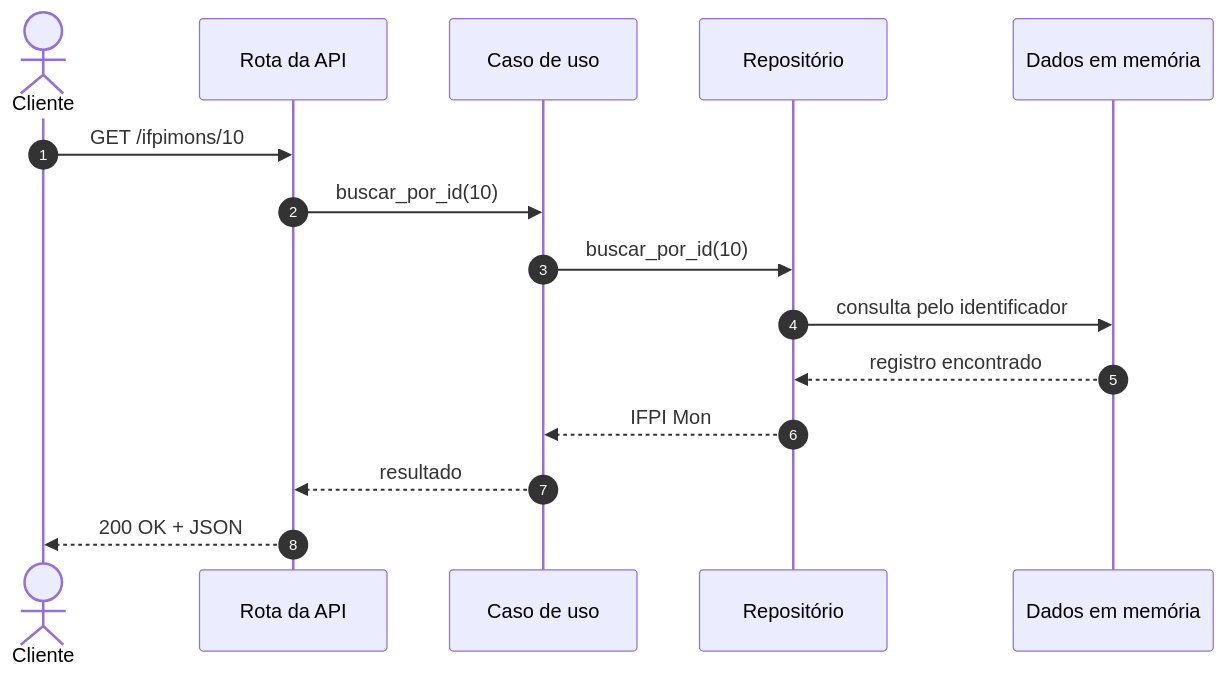
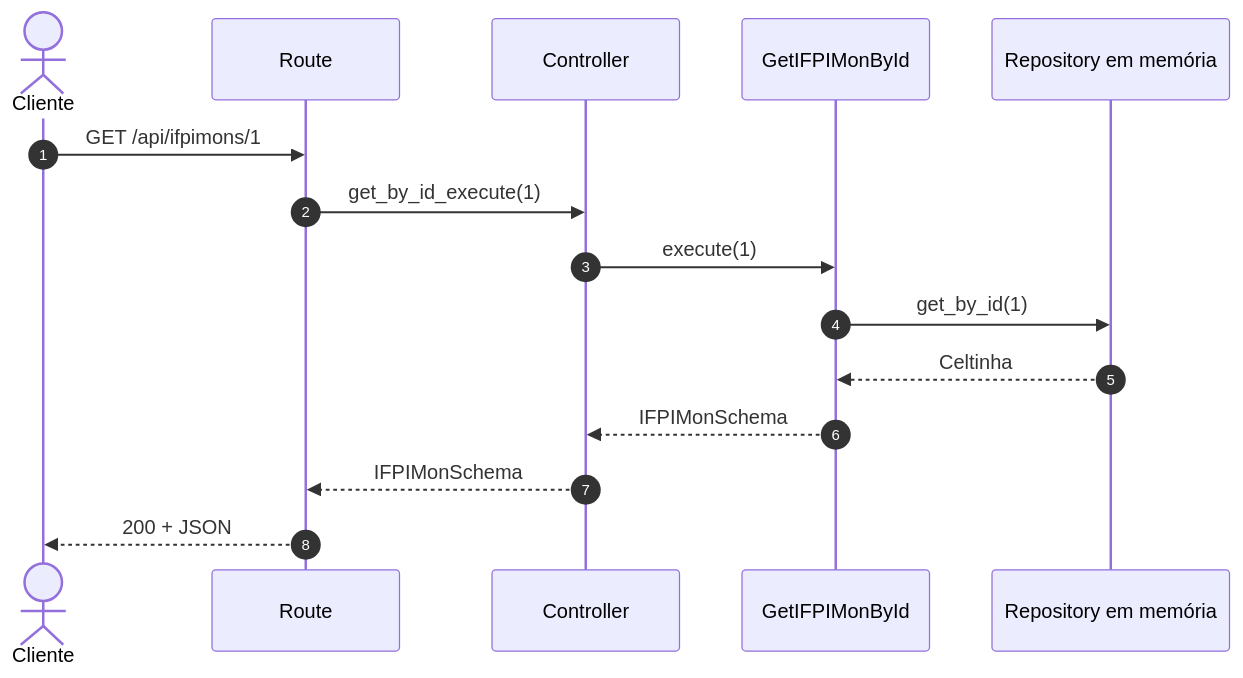
Before and after one commit to MailsonSousa88/ifpiMonAPI: the second of 3 diagrams in docs/api/funcionamento.md, drawn with Mermaid. The commit also changed other lines of this file and 36 other files, not shown here.

Commit message:
fix(api): corrige a versão iniciada pelo chore

````diff
--- a/docs/api/funcionamento.md
+++ b/docs/api/funcionamento.md
@@ -102,18 +139,18 @@
 ```mermaid
 sequenceDiagram
     autonumber
     actor Cliente
-    participant API as Rota da API
-    participant Caso as Caso de uso
-    participant Repo as Repositório
-    participant Memoria as Dados em memória
+    participant R as Route
+    participant C as Controller
+    participant U as GetIFPIMonById
+    participant Repo as Repository em memória
 
-    Cliente->>API: GET /ifpimons/10
-    API->>Caso: buscar_por_id(10)
-    Caso->>Repo: buscar_por_id(10)
-    Repo->>Memoria: consulta pelo identificador
-    Memoria-->>Repo: registro encontrado
-    Repo-->>Caso: IFPI Mon
-    Caso-->>API: resultado
-    API-->>Cliente: 200 OK + JSON
+    Cliente->>R: GET /api/ifpimons/1
+    R->>C: get_by_id_execute(1)
+    C->>U: execute(1)
+    U->>Repo: get_by_id(1)
+    Repo-->>U: Celtinha
+    U-->>C: IFPIMonSchema
+    C-->>R: IFPIMonSchema
+    R-->>Cliente: 200 + JSON
 ```
````
